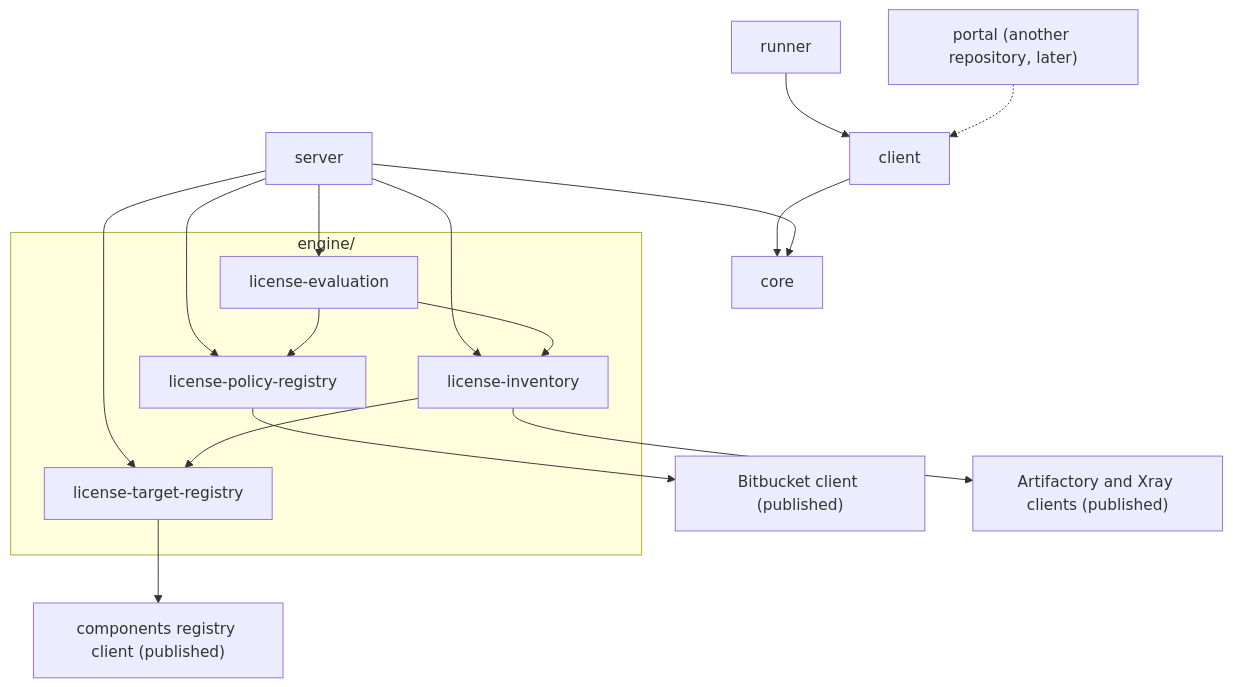
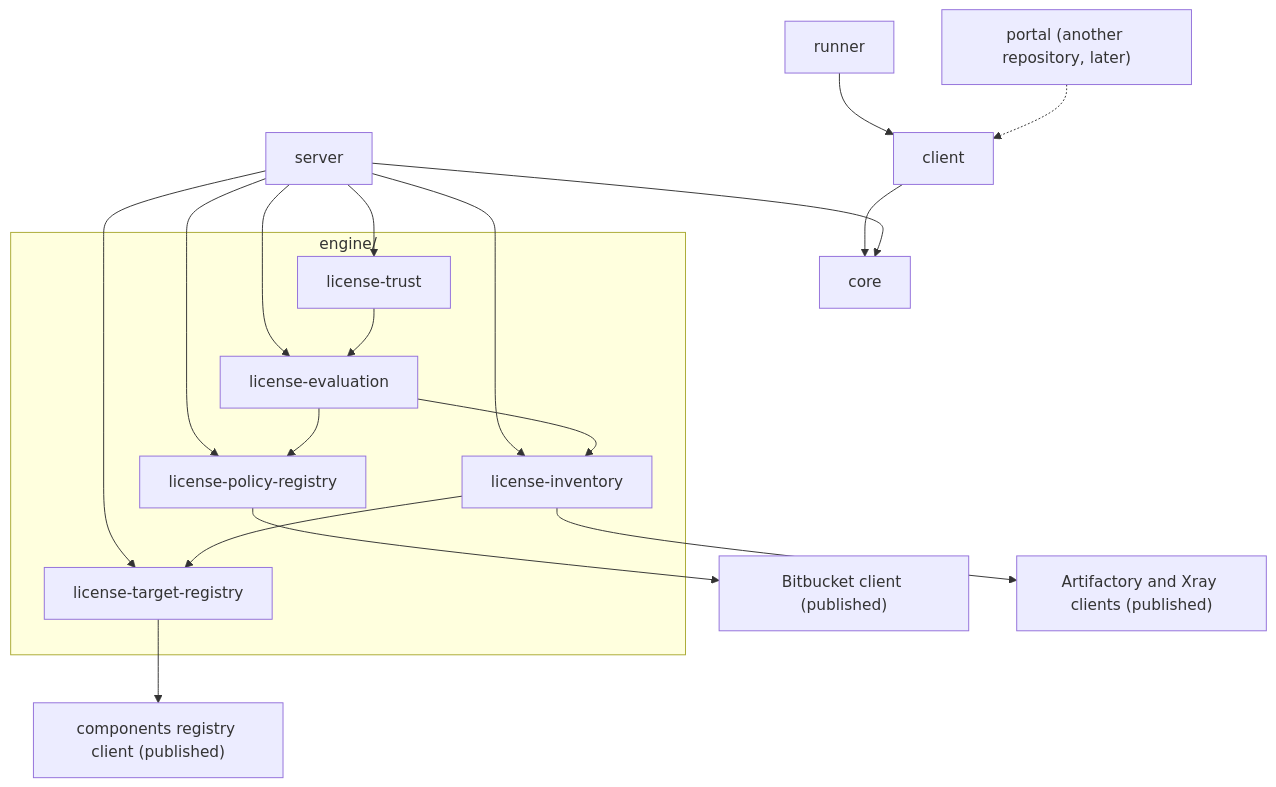
One commit to octopusden/octopus-license-service changed the diagram in docs/architecture.md. Above: the diagram before and after it, drawn with Mermaid. The commit also changed other lines of this file and 62 other files, not shown here.

````diff
--- a/docs/architecture.md
+++ b/docs/architecture.md
@@ -7,23 +7,26 @@
 ```mermaid
 flowchart TD
     runner --> client
     portal["portal (another repository, later)"] -.-> client
     client --> core
     server --> core
     server --> target
     server --> policy
     server --> inventory
     server --> evaluation
+    server --> trust
     subgraph engine["engine/"]
         target["license-target-registry"]
         policy["license-policy-registry"]
         inventory["license-inventory"]
         evaluation["license-evaluation"]
+        trust["license-trust"]
     end
     target --> crs["components registry client (published)"]
     policy --> bitbucket["Bitbucket client (published)"]
     inventory --> target
     inventory --> jfrog["Artifactory and Xray clients (published)"]
     evaluation --> inventory
     evaluation --> policy
+    trust --> evaluation
 ```
````
